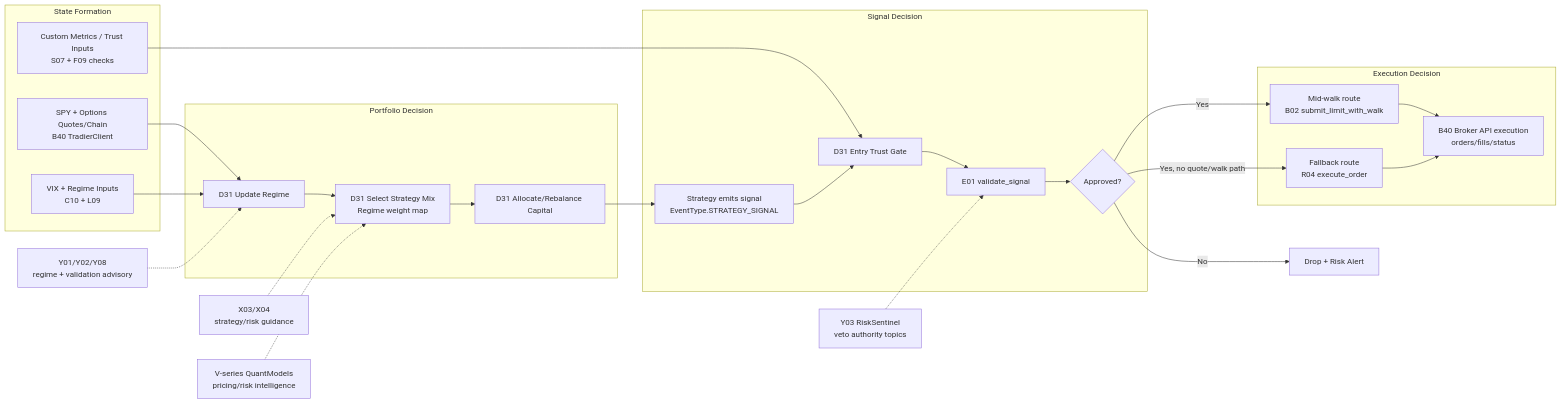
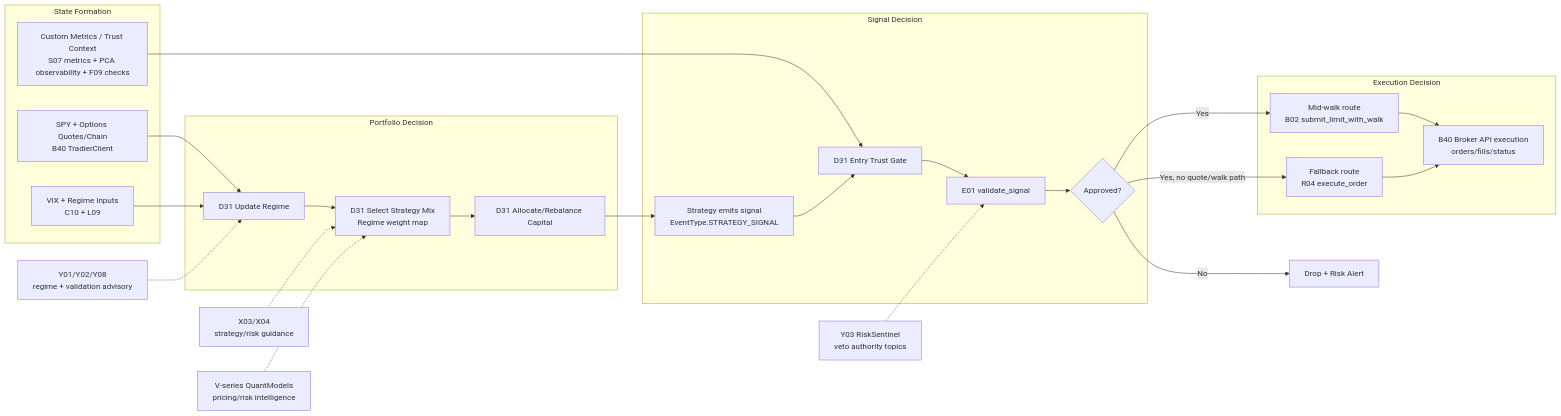
The diagram in 01-Overview-Specs/Trading-Decision-One-Page.md (mtalib/Tradov), drawn with Mermaid before and after one commit. The commit also changed other lines of this file and 20 other files, not shown here.

````diff
--- a/01-Overview-Specs/Trading-Decision-One-Page.md
+++ b/01-Overview-Specs/Trading-Decision-One-Page.md
@@ -16,40 +17,40 @@
 ```mermaid
 flowchart LR
     subgraph S1[State Formation]
         A1[SPY + Options Quotes/Chain\nB40 TradierClient]
         A2[VIX + Regime Inputs\nC10 + L09]
-        A3[Custom Metrics / Trust Inputs\nS07 + F09 checks]
+        A3[Custom Metrics / Trust Context\nS07 metrics + PCA observability + F09 checks]
     end
 
     subgraph S2[Portfolio Decision]
         B1[D31 Update Regime]
         B2[D31 Select Strategy Mix\nRegime weight map]
         B3[D31 Allocate/Rebalance Capital]
     end
 
     subgraph S3[Signal Decision]
         C1[Strategy emits signal\nEventType.STRATEGY_SIGNAL]
         C2[D31 Entry Trust Gate]
         C3[E01 validate_signal]
         C4{Approved?}
     end
 
     subgraph S4[Execution Decision]
         D1[Mid-walk route\nB02 submit_limit_with_walk]
         D2[Fallback route\nR04 execute_order]
         D3[B40 Broker API execution\norders/fills/status]
     end
 
     A1 --> B1
     A2 --> B1
     A3 --> C2
     B1 --> B2 --> B3 --> C1 --> C2 --> C3 --> C4
     C4 -->|Yes| D1 --> D3
     C4 -->|Yes, no quote/walk path| D2 --> D3
     C4 -->|No| X1[Drop + Risk Alert]
 
     Y1[Y01/Y02/Y08\nregime + validation advisory] -.-> B1
     Y2[Y03 RiskSentinel\nveto authority topics] -.-> C3
     X3[X03/X04\nstrategy/risk guidance] -.-> B2
     V1[V-series QuantModels\npricing/risk intelligence] -.-> B2
 ```
````
